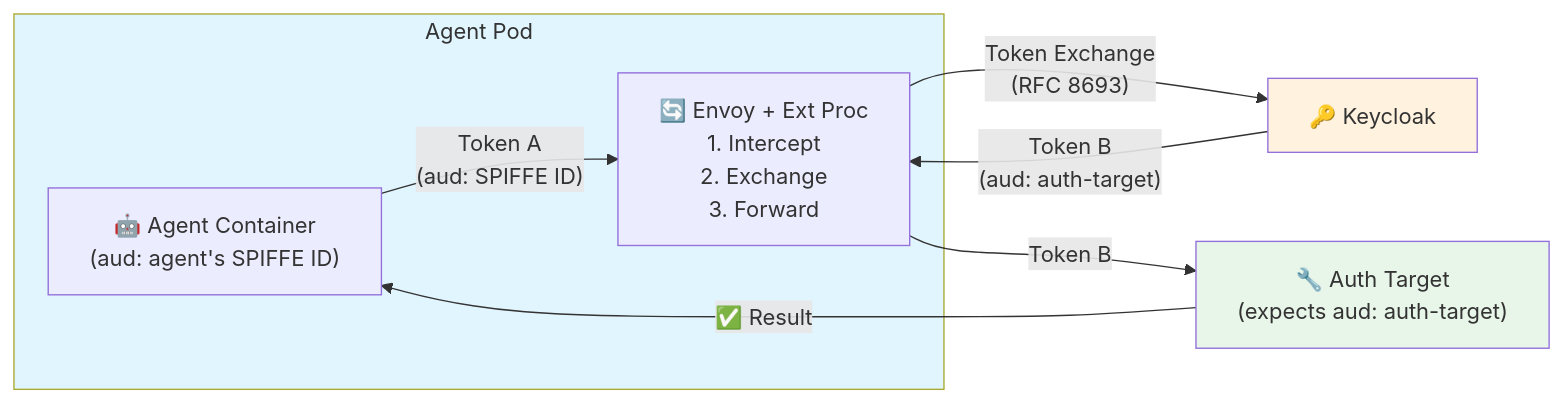
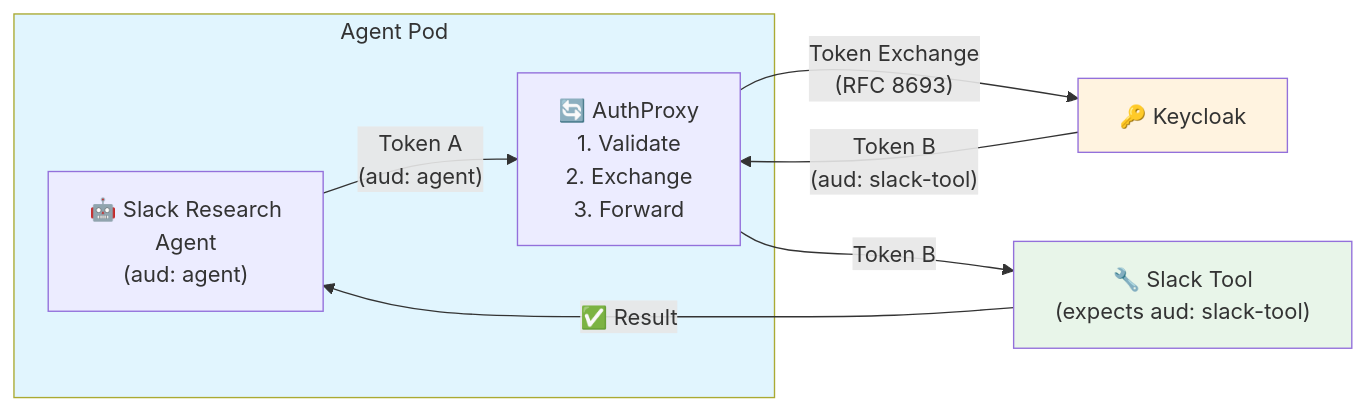
Before and after one commit to mrsabath/kagenti-extensions: the sixth of 10 diagrams in AuthBridge/BLOG-agentic.md, drawn with Mermaid. The commit also changed other lines of this file, not shown here.

Commit message:
AuthBridge Blog

````diff
--- a/AuthBridge/BLOG-agentic.md
+++ b/AuthBridge/BLOG-agentic.md
@@ -390,20 +389,20 @@
 ```mermaid
 flowchart LR
     subgraph AgentPod["Agent Pod"]
-        Agent["🤖 Agent Container<br/>(aud: agent's SPIFFE ID)"]
-        Proxy["🔄 Envoy + Ext Proc<br/>1. Intercept<br/>2. Exchange<br/>3. Forward"]
+        Agent["🤖 Slack Research<br/>Agent<br/>(aud: agent)"]
+        Proxy["🔄 AuthProxy<br/>1. Validate<br/>2. Exchange<br/>3. Forward"]
     end
     
     KC["🔑 Keycloak"]
-    Tool["🔧 Auth Target<br/>(expects aud: auth-target)"]
+    Tool["🔧 Slack Tool<br/>(expects aud: slack-tool)"]
     
-    Agent -->|"Token A<br/>(aud: SPIFFE ID)"| Proxy
+    Agent -->|"Token A<br/>(aud: agent)"| Proxy
     Proxy -->|"Token Exchange<br/>(RFC 8693)"| KC
-    KC -->|"Token B<br/>(aud: auth-target)"| Proxy
+    KC -->|"Token B<br/>(aud: slack-tool)"| Proxy
     Proxy -->|"Token B"| Tool
     Tool -->|"✅ Result"| Agent
     
     style AgentPod fill:#e1f5fe
     style Tool fill:#e8f5e9
     style KC fill:#fff3e0
 ```
````
